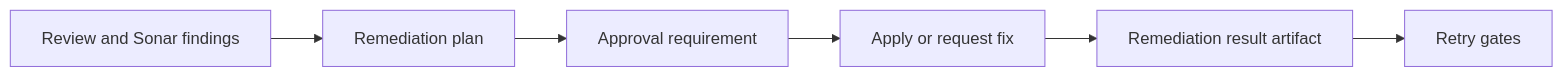
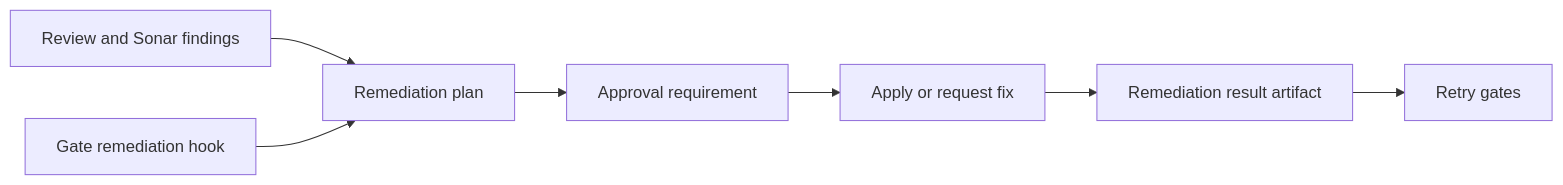
Before and after one commit to VannaDii/ironloom: the diagram in packages/remediation/README.md, drawn with Mermaid. The commit also changed other lines of this file and 13 other files, not shown here.

Commit message:
feat: add gate remediation hooks

````diff
--- a/packages/remediation/README.md
+++ b/packages/remediation/README.md
@@ -11,8 +11,9 @@
 ```mermaid
 flowchart LR
   Findings[Review and Sonar findings] --> Plan[Remediation plan]
+  GateHook[Gate remediation hook] --> Plan
   Plan --> Approval[Approval requirement]
   Approval --> Fix[Apply or request fix]
   Fix --> Result[Remediation result artifact]
   Result --> Gates[Retry gates]
 ```
````
